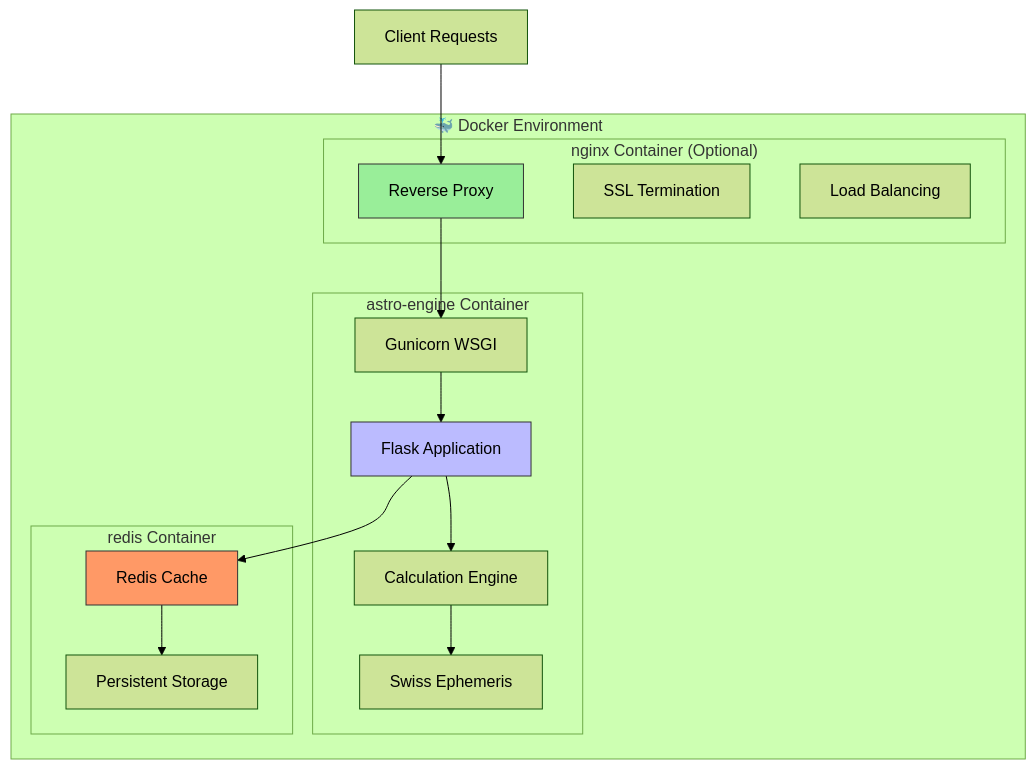
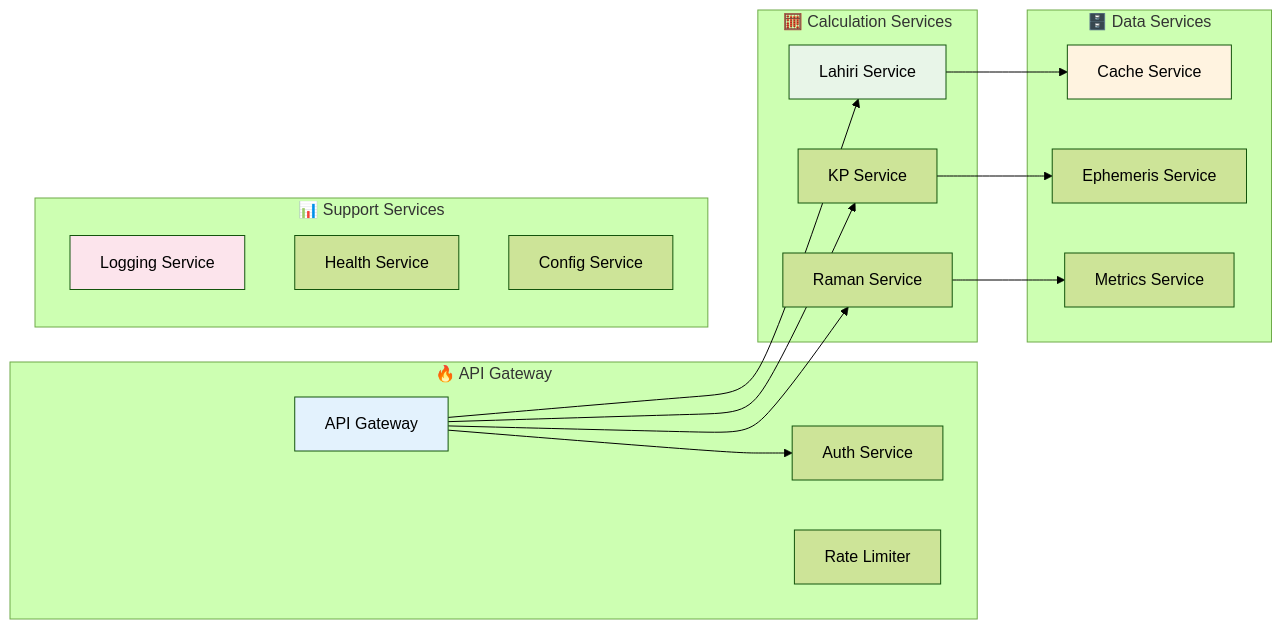
The eighth of 22 diagrams in README.md (Project-Corp-Astro/Astro_Engine), drawn with Mermaid (forest theme) before and after one commit. The commit also changed other lines of this file, not shown here.

````diff
--- a/README.md
+++ b/README.md
@@ -618,34 +764,40 @@
 ```mermaid
-graph TB
-    subgraph "🐳 Docker Environment"
-        subgraph "astro-engine Container"
-            A[Flask Application]
-            B[Gunicorn WSGI]
-            C[Swiss Ephemeris]
-            D[Calculation Engine]
-        end
-        
-        subgraph "redis Container"
-            E[Redis Cache]
-            F[Persistent Storage]
-        end
-        
-        subgraph "nginx Container (Optional)"
-            G[Reverse Proxy]
-            H[SSL Termination]
-            I[Load Balancing]
-        end
+graph LR
+    subgraph "🔥 API Gateway"
+        Gateway[API Gateway]
+        Auth[Auth Service]
+        RateLimit[Rate Limiter]
     end
     
-    J[Client Requests] --> G
-    G --> B
-    B --> A
-    A --> D
-    A --> E
-    D --> C
-    E --> F
+    subgraph "🧮 Calculation Services"
+        LahiriSvc[Lahiri Service]
+        KPSvc[KP Service]
+        RamanSvc[Raman Service]
+    end
     
-    style A fill:#bbf,stroke:#333
-    style E fill:#f96,stroke:#333
-    style G fill:#9e9,stroke:#333
+    subgraph "🗄️ Data Services"
+        CacheSvc[Cache Service]
+        EpheSvc[Ephemeris Service]
+        MetricsSvc[Metrics Service]
+    end
+    
+    subgraph "📊 Support Services"
+        LogSvc[Logging Service]
+        HealthSvc[Health Service]
+        ConfigSvc[Config Service]
+    end
+    
+    Gateway --> Auth
+    Gateway --> LahiriSvc
+    Gateway --> KPSvc
+    Gateway --> RamanSvc
+    
+    LahiriSvc --> CacheSvc
+    KPSvc --> EpheSvc
+    RamanSvc --> MetricsSvc
+    
+    style Gateway fill:#e3f2fd
+    style LahiriSvc fill:#e8f5e8
+    style CacheSvc fill:#fff3e0
+    style LogSvc fill:#fce4ec
 ```
````
